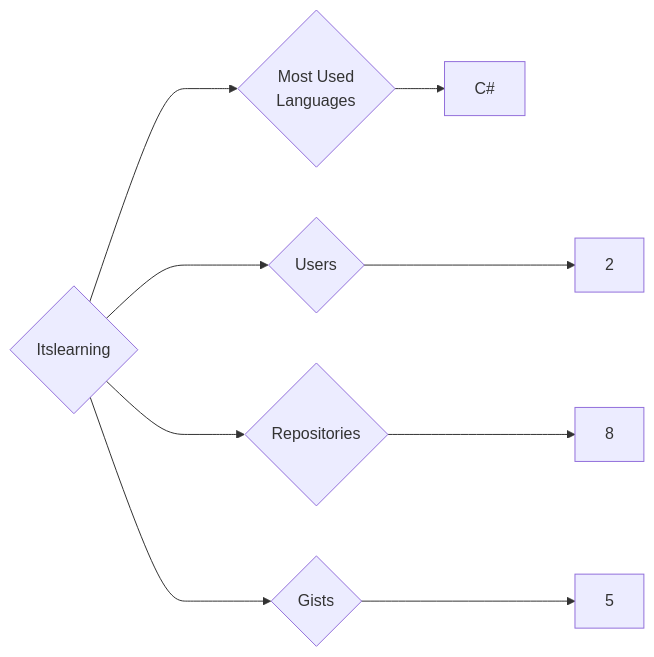
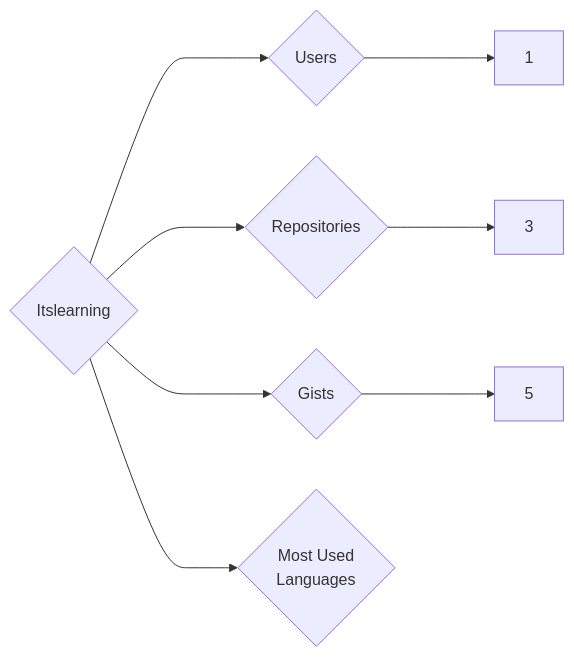
Before and after one commit to trickest/insiders: the diagram in targets/Itslearning/README.md, drawn with Mermaid. The commit also changed 618 other files, not shown here.

````diff
--- a/targets/Itslearning/README.md
+++ b/targets/Itslearning/README.md
@@ -3,9 +3,8 @@
 ```mermaid
 graph LR
 COMPANY_NAME{Itslearning}
-COMPANY_NAME ---> U{Users} ---> UN[2]
-COMPANY_NAME ---> R{Repositories} ---> RN[8]
+COMPANY_NAME ---> U{Users} ---> UN[1]
+COMPANY_NAME ---> R{Repositories} ---> RN[3]
 COMPANY_NAME ---> G{Gists} ---> GN[5]
 COMPANY_NAME ---> ML{Most Used<br>Languages}
-ML --> C#[C#]
 ```
````
